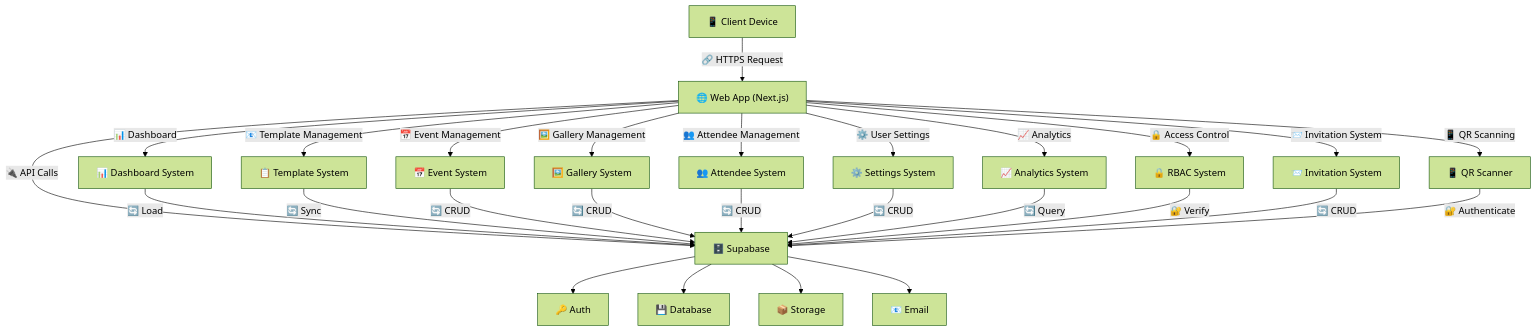
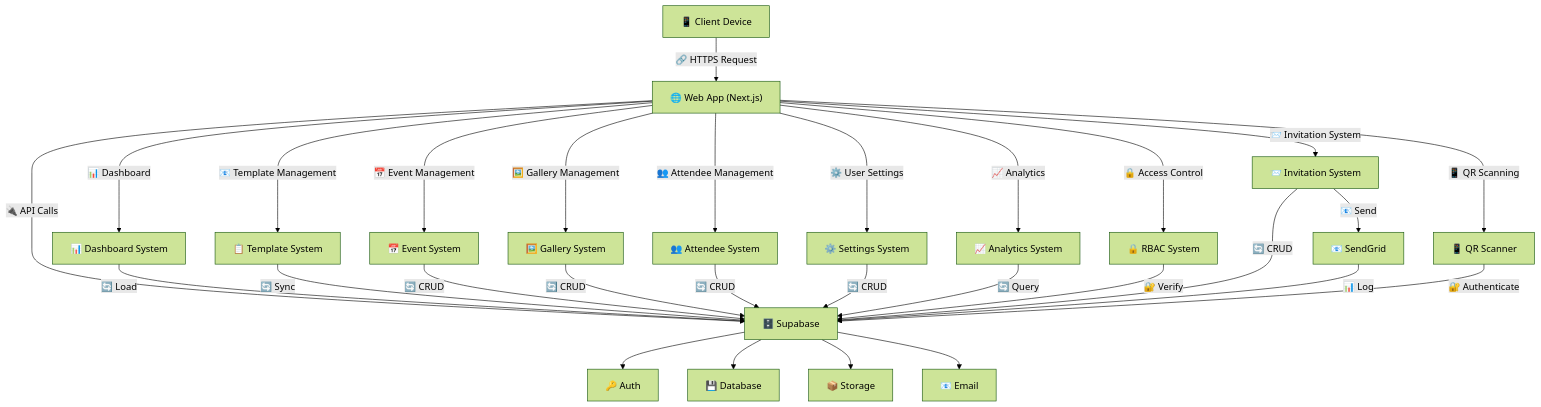
The second of 4 diagrams in docs/architecture/system_architecture_flowchart.md (mrj0nesmtl/cloud-burst), drawn with Mermaid (forest theme) before and after one commit. The commit also changed other lines of this file and 42 other files, not shown here.

````diff
--- a/docs/architecture/system_architecture_flowchart.md
+++ b/docs/architecture/system_architecture_flowchart.md
@@ -142,29 +151,31 @@
 ```mermaid
 graph TD
     Client["📱 Client Device"] -->|"🔗 HTTPS Request"| WebApp["🌐 Web App (Next.js)"]
     WebApp -->|"🔌 API Calls"| Supabase["🗄️ Supabase"]
     WebApp -->|"📊 Dashboard"| Dashboard["📊 Dashboard System"]
     WebApp -->|"📧 Template Management"| Templates["📋 Template System"]
     WebApp -->|"📅 Event Management"| Events["📅 Event System"]
     WebApp -->|"🖼️ Gallery Management"| Gallery["🖼️ Gallery System"]
     WebApp -->|"👥 Attendee Management"| Attendees["👥 Attendee System"]
     WebApp -->|"⚙️ User Settings"| Settings["⚙️ Settings System"]
     WebApp -->|"📈 Analytics"| Analytics["📈 Analytics System"]
     WebApp -->|"🔒 Access Control"| RBAC["🔒 RBAC System"]
     WebApp -->|"📨 Invitation System"| Invitations["📨 Invitation System"]
     WebApp -->|"📱 QR Scanning"| QRScanner["📱 QR Scanner"]
     Dashboard -->|"🔄 Load"| Supabase
     Templates -->|"🔄 Sync"| Supabase
     Events -->|"🔄 CRUD"| Supabase
     Gallery -->|"🔄 CRUD"| Supabase
     Attendees -->|"🔄 CRUD"| Supabase
     Settings -->|"🔄 CRUD"| Supabase
     Analytics -->|"🔄 Query"| Supabase
     RBAC -->|"🔐 Verify"| Supabase
     Invitations -->|"🔄 CRUD"| Supabase
+    Invitations -->|"📧 Send"| SendGrid["📧 SendGrid"]
+    SendGrid -->|"📊 Log"| Supabase
     QRScanner -->|"🔐 Authenticate"| Supabase
     Supabase --> Auth["🔑 Auth"]
     Supabase --> Database["💾 Database"]
     Supabase --> Storage["📦 Storage"]
     Supabase --> Email["📧 Email"]
 ```
````
